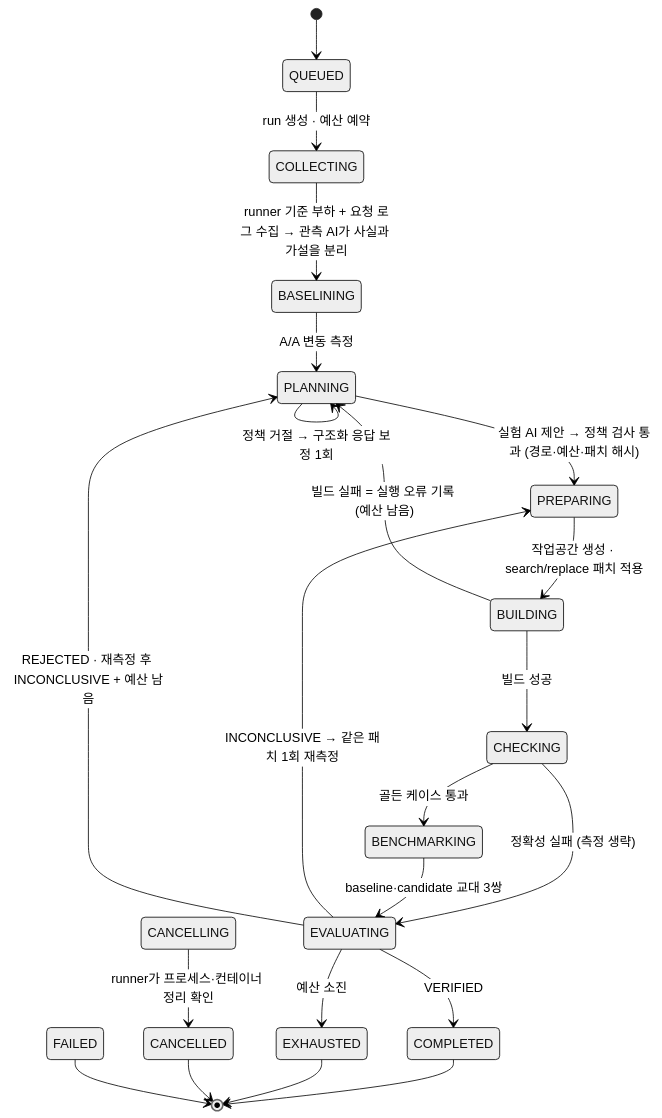
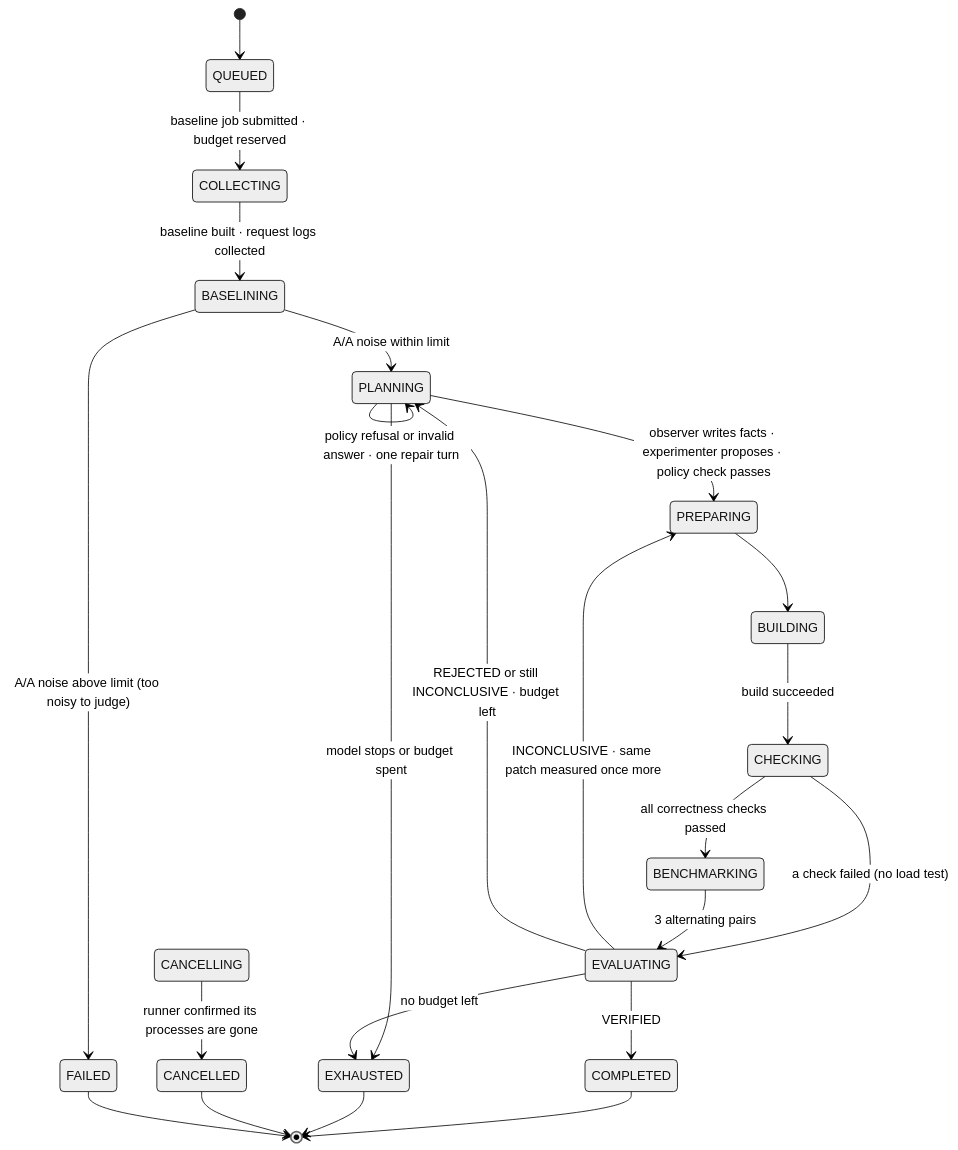
One commit to qlanfr/mata_Hackathon changed the second of 3 diagrams in docs/architecture.md. Above: the diagram before and after it, drawn with Mermaid (neutral theme). The commit also changed other lines of this file and 7 other files, not shown here.

First line of the commit message:
Write the README, architecture and submission text in English

````diff
--- a/docs/architecture.md
+++ b/docs/architecture.md
@@ -57,24 +57,25 @@
 ```mermaid
 stateDiagram-v2
   [*] --> QUEUED
-  QUEUED --> COLLECTING: run 생성 · 예산 예약
-  COLLECTING --> BASELINING: runner 기준 부하 + 요청 로그 수집 → 관측 AI가 사실과 가설을 분리
-  BASELINING --> PLANNING: A/A 변동 측정
-  PLANNING --> PREPARING: 실험 AI 제안 → 정책 검사 통과 (경로·예산·패치 해시)
-  PLANNING --> PLANNING: 정책 거절 → 구조화 응답 보정 1회
-  PREPARING --> BUILDING: 작업공간 생성 · search/replace 패치 적용
-  BUILDING --> CHECKING: 빌드 성공
-  BUILDING --> PLANNING: 빌드 실패 = 실행 오류 기록 (예산 남음)
-  CHECKING --> BENCHMARKING: 골든 케이스 통과
-  CHECKING --> EVALUATING: 정확성 실패 (측정 생략)
-  BENCHMARKING --> EVALUATING: baseline·candidate 교대 3쌍
+  QUEUED --> COLLECTING: baseline job submitted · budget reserved
+  COLLECTING --> BASELINING: baseline built · request logs collected
+  BASELINING --> PLANNING: A/A noise within limit
+  BASELINING --> FAILED: A/A noise above limit (too noisy to judge)
+  PLANNING --> PREPARING: observer writes facts · experimenter proposes · policy check passes
+  PLANNING --> PLANNING: policy refusal or invalid answer · one repair turn
+  PLANNING --> EXHAUSTED: model stops or budget spent
+  PREPARING --> BUILDING
+  BUILDING --> CHECKING: build succeeded
+  CHECKING --> BENCHMARKING: all correctness checks passed
+  CHECKING --> EVALUATING: a check failed (no load test)
+  BENCHMARKING --> EVALUATING: 3 alternating pairs
   EVALUATING --> COMPLETED: VERIFIED
-  EVALUATING --> PREPARING: INCONCLUSIVE → 같은 패치 1회 재측정
-  EVALUATING --> PLANNING: REJECTED · 재측정 후 INCONCLUSIVE + 예산 남음
-  EVALUATING --> EXHAUSTED: 예산 소진
-  CANCELLING --> CANCELLED: runner가 프로세스·컨테이너 정리 확인
+  EVALUATING --> PREPARING: INCONCLUSIVE · same patch measured once more
+  EVALUATING --> PLANNING: REJECTED or still INCONCLUSIVE · budget left
+  EVALUATING --> EXHAUSTED: no budget left
+  CANCELLING --> CANCELLED: runner confirmed its processes are gone
   COMPLETED --> [*]
   EXHAUSTED --> [*]
   CANCELLED --> [*]
   FAILED --> [*]
 ```
````
